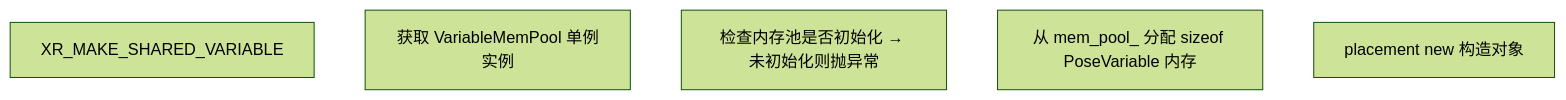
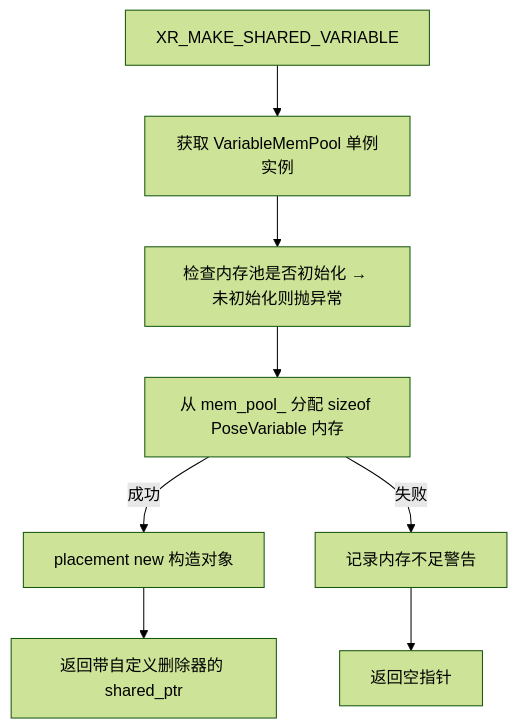
One commit to huzixuan1/iodraw-files changed the diagram in all/未命名-5.md. Above: the diagram before and after it, drawn with Mermaid (forest theme).

Commit message:
2025-05-21 16:57:05 update

````diff
--- a/all/未命名-5.md
+++ b/all/未命名-5.md
@@ -1,16 +1,16 @@
 ```mermaid
 graph TD
   A[XR_MAKE_SHARED_VARIABLE]
   B[获取 VariableMemPool 单例实例]
   C[检查内存池是否初始化 → 未初始化则抛异常]
   D[从 mem_pool_ 分配 sizeof PoseVariable 内存]
   E1[placement new 构造对象]
-%%   E2[记录内存不足警告]
-%%   F1[返回带自定义删除器的 shared_ptr]
-%%   F2[返回空指针]
+  E2[记录内存不足警告]
+  F1[返回带自定义删除器的 shared_ptr]
+  F2[返回空指针]
 
-%%   A --> B --> C --> D
-%%   D -->|成功| E1 --> F1
-%%   D -->|失败| E2 --> F2
+  A --> B --> C --> D
+  D -->|成功| E1 --> F1
+  D -->|失败| E2 --> F2
 
 ```
````
